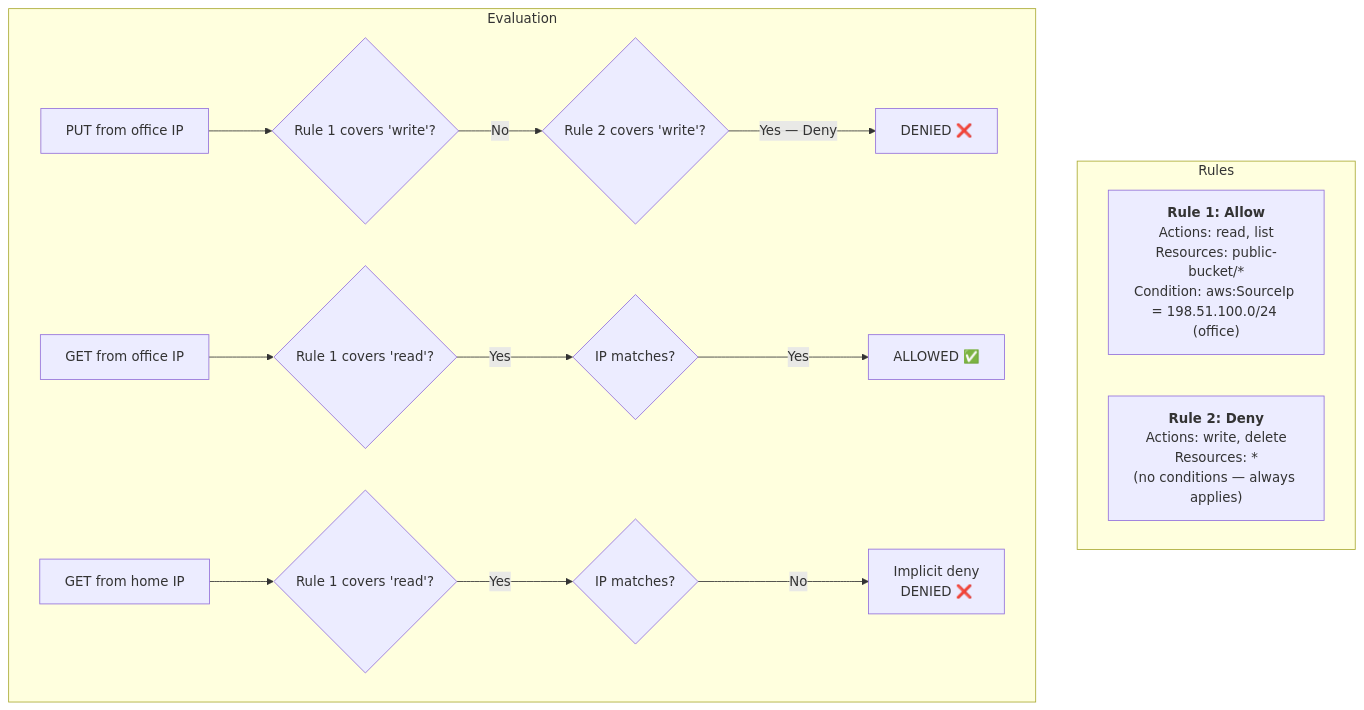
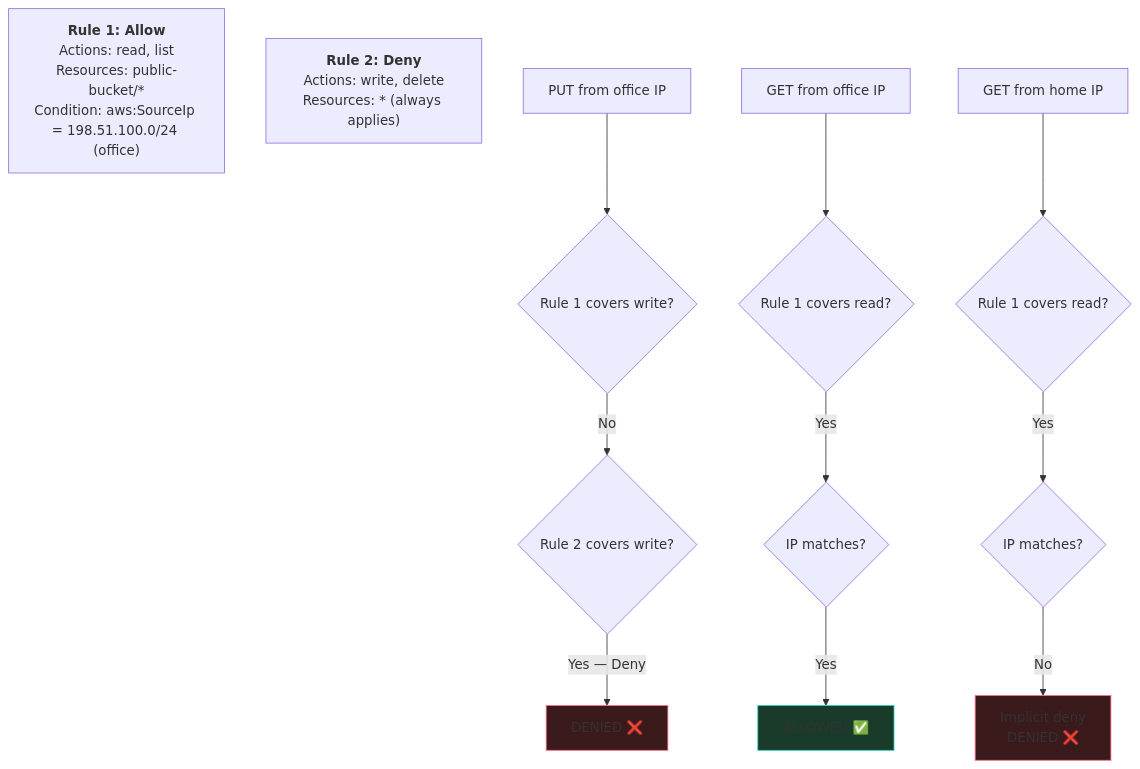
The fourth of 5 diagrams in docs/product/auth/32-iam-conditions.md (beshu-tech/deltaglider_proxy), drawn with Mermaid before and after one commit. The commit also changed other lines of this file and 2 other files, not shown here.

````diff
--- a/docs/product/auth/32-iam-conditions.md
+++ b/docs/product/auth/32-iam-conditions.md
@@ -151,13 +149,13 @@
 ```mermaid
-graph TD
-    subgraph Rules
-        R1["<b>Rule 1: Allow</b><br/>Actions: read, list<br/>Resources: public-bucket/*<br/>Condition: aws:SourceIp = 198.51.100.0/24 (office)"]
-        R2["<b>Rule 2: Deny</b><br/>Actions: write, delete<br/>Resources: *<br/>(no conditions — always applies)"]
-    end
+flowchart TD
+    R1["<b>Rule 1: Allow</b><br/>Actions: read, list<br/>Resources: public-bucket/*<br/>Condition: aws:SourceIp = 198.51.100.0/24 (office)"]
+    R2["<b>Rule 2: Deny</b><br/>Actions: write, delete<br/>Resources: * (always applies)"]
 
-    subgraph Evaluation
-        E1["PUT from office IP"] --> E1a{"Rule 1 covers 'write'?"} -- "No" --> E1b{"Rule 2 covers 'write'?"} -- "Yes — Deny" --> E1c["DENIED ❌"]
-        E2["GET from office IP"] --> E2a{"Rule 1 covers 'read'?"} -- "Yes" --> E2b{"IP matches?"} -- "Yes" --> E2c["ALLOWED ✅"]
-        E3["GET from home IP"] --> E3a{"Rule 1 covers 'read'?"} -- "Yes" --> E3b{"IP matches?"} -- "No" --> E3c["Implicit deny<br/>DENIED ❌"]
-    end
+    E1["PUT from office IP"] --> E1a{"Rule 1 covers write?"} -- "No" --> E1b{"Rule 2 covers write?"} -- "Yes — Deny" --> E1c["DENIED ❌"]
+    E2["GET from office IP"] --> E2a{"Rule 1 covers read?"} -- "Yes" --> E2b{"IP matches?"} -- "Yes" --> E2c["ALLOWED ✅"]
+    E3["GET from home IP"] --> E3a{"Rule 1 covers read?"} -- "Yes" --> E3b{"IP matches?"} -- "No" --> E3c["Implicit deny<br/>DENIED ❌"]
+
+    style E2c fill:#1a3a2a,stroke:#2dd4bf
+    style E1c fill:#3a1a1a,stroke:#fb7185
+    style E3c fill:#3a1a1a,stroke:#fb7185
 ```
````
